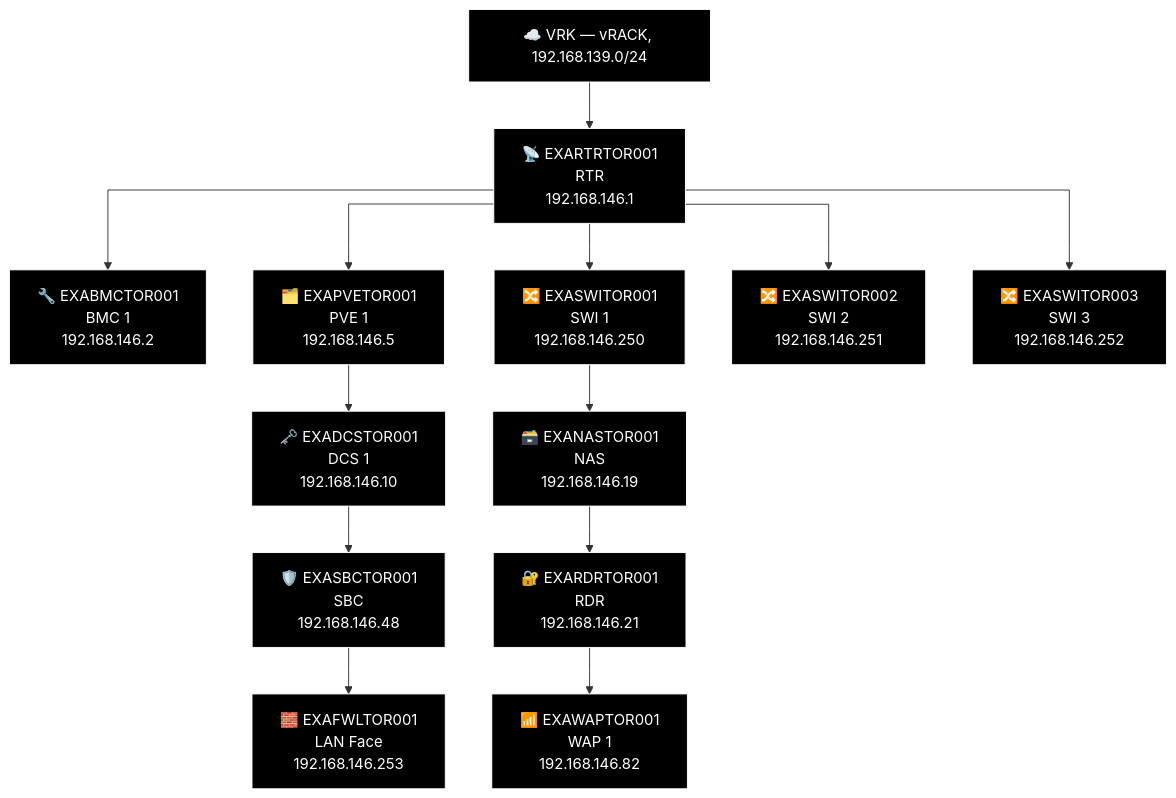
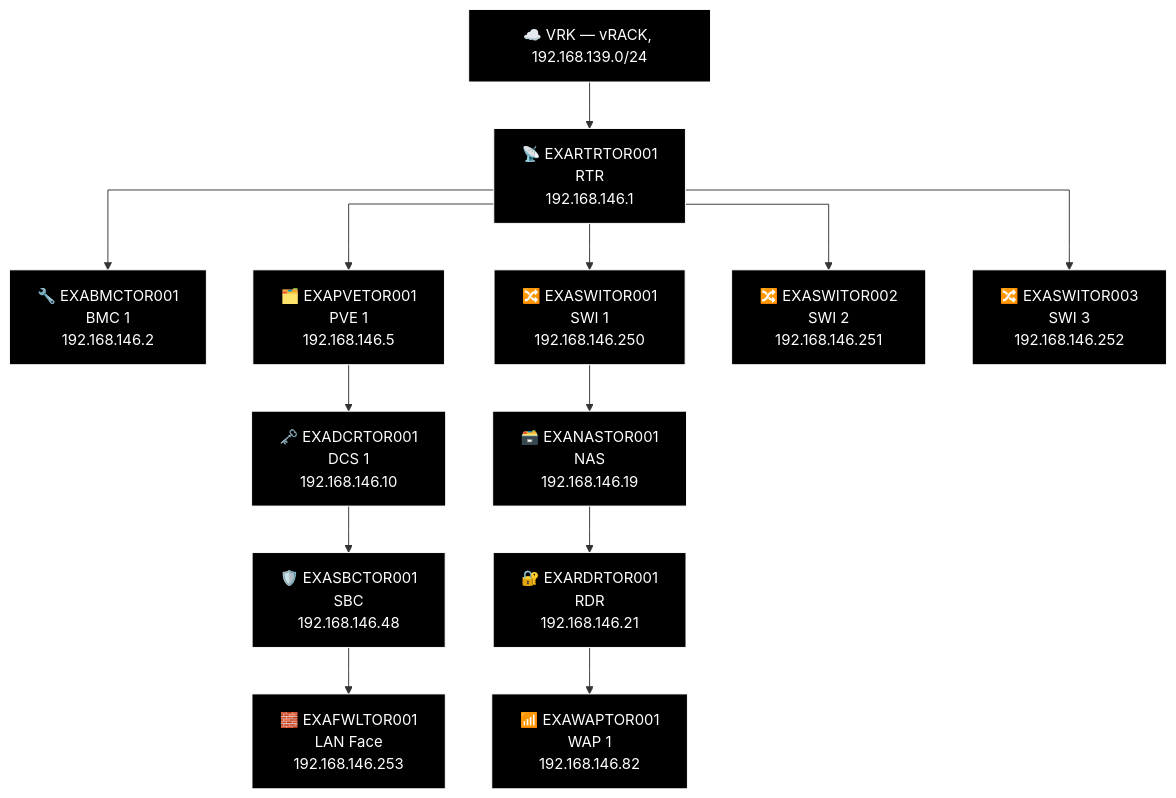
Before and after one commit to knightmare2600/example_music_infra: the sixth of 8 diagrams in docs/network-diagram/canada.md, drawn with Mermaid. The commit also changed other lines of this file and 8 other files, not shown here.

````diff
--- a/docs/network-diagram/canada.md
+++ b/docs/network-diagram/canada.md
@@ -278,40 +268,40 @@
 ```mermaid
 %% GENERATED:TOPOLOGY:TOR:START
 %%{init: {'flowchart': {'curve': 'stepAfter'}}}%%
 graph TD
     T_VRK["☁️ VRK — vRACK, 192.168.139.0/24"]
     T_RTR["📡 EXARTRTOR001<br/>RTR<br/>192.168.146.1"]
     T_VRK --> T_RTR
     T_BMC["🔧 EXABMCTOR001<br/>BMC 1<br/>192.168.146.2"]
     T_RTR --> T_BMC
     T_PVE["🗂️ EXAPVETOR001<br/>PVE 1<br/>192.168.146.5"]
     T_RTR --> T_PVE
     T_SWI["🔀 EXASWITOR001<br/>SWI 1<br/>192.168.146.250"]
     T_RTR --> T_SWI
     T_SWI2["🔀 EXASWITOR002<br/>SWI 2<br/>192.168.146.251"]
     T_RTR --> T_SWI2
     T_SWI3["🔀 EXASWITOR003<br/>SWI 3<br/>192.168.146.252"]
     T_RTR --> T_SWI3
     T_NAS["🗃️ EXANASTOR001<br/>NAS<br/>192.168.146.19"]
     T_RDR["🔐 EXARDRTOR001<br/>RDR<br/>192.168.146.21"]
     T_WAP["📶 EXAWAPTOR001<br/>WAP 1<br/>192.168.146.82"]
     T_SWI --> T_NAS --> T_RDR --> T_WAP
-    T_DCS["🗝️ EXADCSTOR001<br/>DCS 1<br/>192.168.146.10"]
+    T_DCS["🗝️ EXADCRTOR001<br/>DCS 1<br/>192.168.146.10"]
     T_SBC["🛡️ EXASBCTOR001<br/>SBC<br/>192.168.146.48"]
     T_FWL["🧱 EXAFWLTOR001<br/>LAN Face<br/>192.168.146.253"]
     T_PVE --> T_DCS --> T_SBC --> T_FWL
     style T_VRK fill:#000000,stroke:#FFFFFF,color:#FFFFFF
     style T_RTR fill:#000000,stroke:#FFFFFF,color:#FFFFFF
     style T_BMC fill:#000000,stroke:#FFFFFF,color:#FFFFFF
     style T_PVE fill:#000000,stroke:#FFFFFF,color:#FFFFFF
     style T_SWI fill:#000000,stroke:#FFFFFF,color:#FFFFFF
     style T_SWI2 fill:#000000,stroke:#FFFFFF,color:#FFFFFF
     style T_SWI3 fill:#000000,stroke:#FFFFFF,color:#FFFFFF
     style T_NAS fill:#000000,stroke:#FFFFFF,color:#FFFFFF
     style T_RDR fill:#000000,stroke:#FFFFFF,color:#FFFFFF
     style T_WAP fill:#000000,stroke:#FFFFFF,color:#FFFFFF
     style T_DCS fill:#000000,stroke:#FFFFFF,color:#FFFFFF
     style T_SBC fill:#000000,stroke:#FFFFFF,color:#FFFFFF
     style T_FWL fill:#000000,stroke:#FFFFFF,color:#FFFFFF
 %% GENERATED:TOPOLOGY:TOR:END
 ```
````
